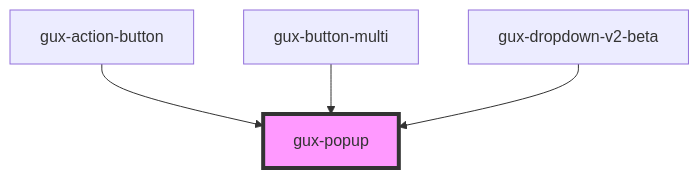
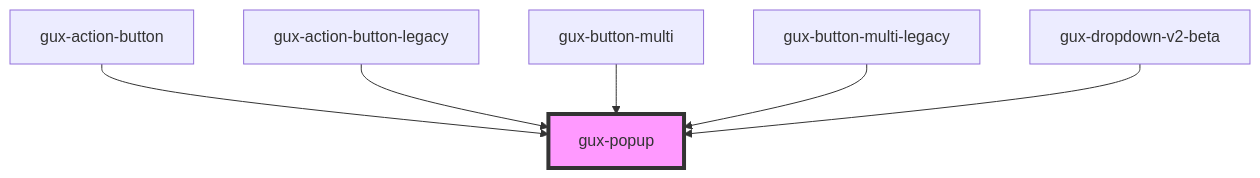
The diagram in src/components/stable/gux-popup/readme.md (MyPureCloud/genesys-spark), drawn with Mermaid before and after one commit. The commit also changed other lines of this file and 134 other files, not shown here.

````diff
--- a/src/components/stable/gux-popup/readme.md
+++ b/src/components/stable/gux-popup/readme.md
@@ -33,7 +35,9 @@
 ```mermaid
 graph TD;
   gux-action-button --> gux-popup
+  gux-action-button-legacy --> gux-popup
   gux-button-multi --> gux-popup
+  gux-button-multi-legacy --> gux-popup
   gux-dropdown-v2-beta --> gux-popup
   style gux-popup fill:#f9f,stroke:#333,stroke-width:4px
 ```
````
